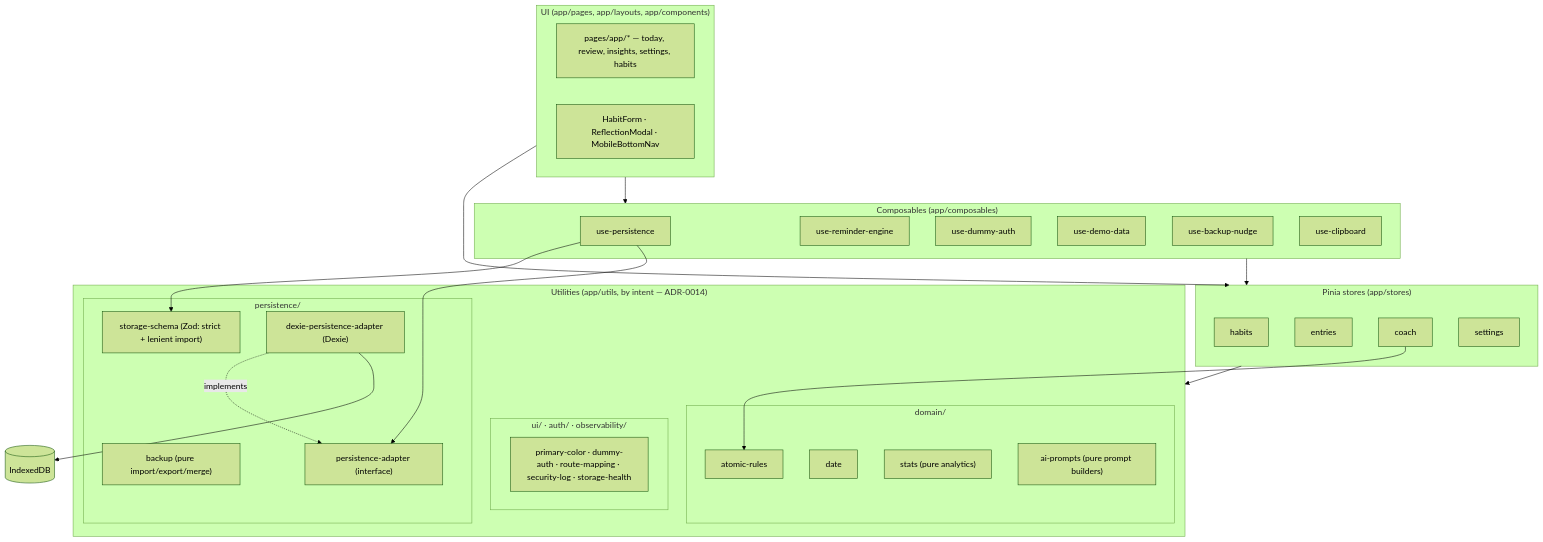
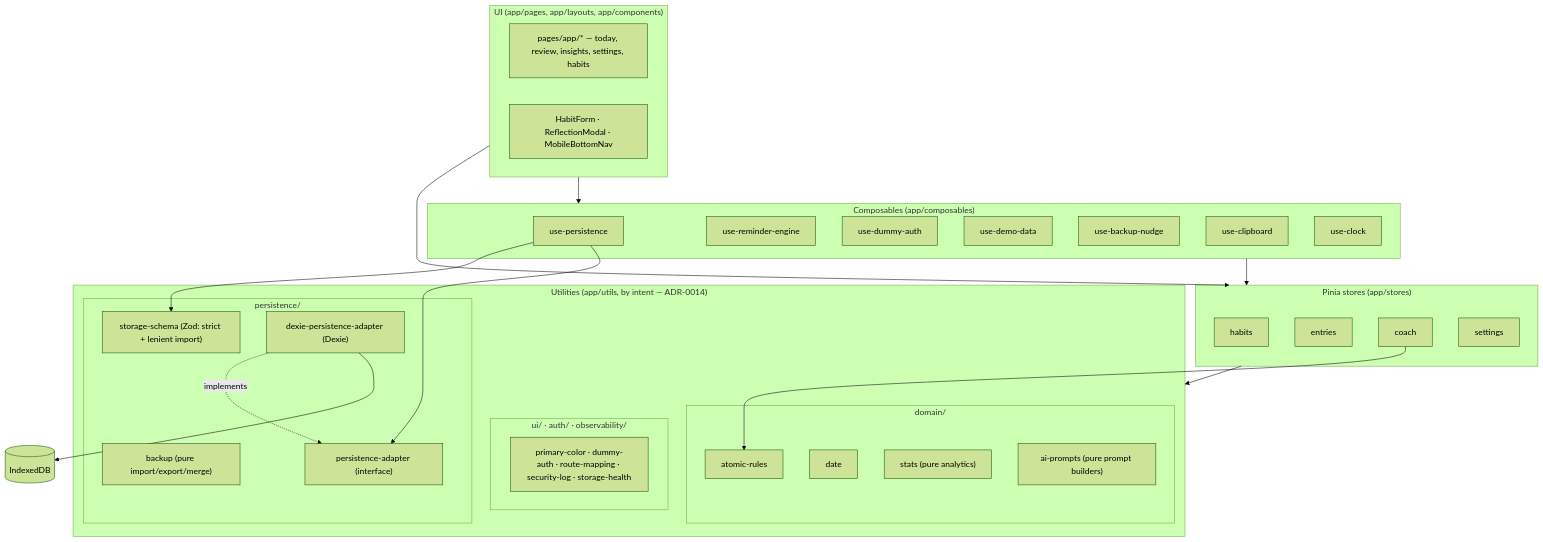
The first of 3 diagrams in docs/architecture.md (dinooo13/habit-tracker), drawn with Mermaid (forest theme) before and after one commit. The commit also changed other lines of this file and 17 other files, not shown here.

````diff
--- a/docs/architecture.md
+++ b/docs/architecture.md
@@ -13,53 +13,54 @@
 ```mermaid
 flowchart TD
   subgraph UI["UI (app/pages, app/layouts, app/components)"]
     pages["pages/app/* — today, review, insights, settings, habits"]
     comps["HabitForm · ReflectionModal · MobileBottomNav"]
   end
 
   subgraph Stores["Pinia stores (app/stores)"]
     habits["habits"]
     entries["entries"]
     coach["coach"]
     settings["settings"]
   end
 
   subgraph Composables["Composables (app/composables)"]
     persistence["use-persistence"]
     reminders["use-reminder-engine"]
     auth["use-dummy-auth"]
     demo["use-demo-data"]
     backup["use-backup-nudge"]
     clipboard["use-clipboard"]
+    clock["use-clock"]
   end
 
   subgraph Utils["Utilities (app/utils, by intent — ADR-0014)"]
     subgraph UDomain["domain/"]
       rules["atomic-rules"]
       date["date"]
       stats["stats (pure analytics)"]
       prompts["ai-prompts (pure prompt builders)"]
     end
     subgraph UPersist["persistence/"]
       schema["storage-schema (Zod: strict + lenient import)"]
       backupmod["backup (pure import/export/merge)"]
       adapter["persistence-adapter (interface)"]
       dexie["dexie-persistence-adapter (Dexie)"]
     end
     subgraph UOther["ui/ · auth/ · observability/"]
       other["primary-color · dummy-auth · route-mapping · security-log · storage-health"]
     end
   end
 
   Storage[("IndexedDB")]
 
   UI --> Stores
   UI --> Composables
   Stores --> Utils
   Composables --> Stores
   persistence --> schema
   persistence --> adapter
   dexie -. implements .-> adapter
   dexie --> Storage
   coach --> rules
 ```
````
